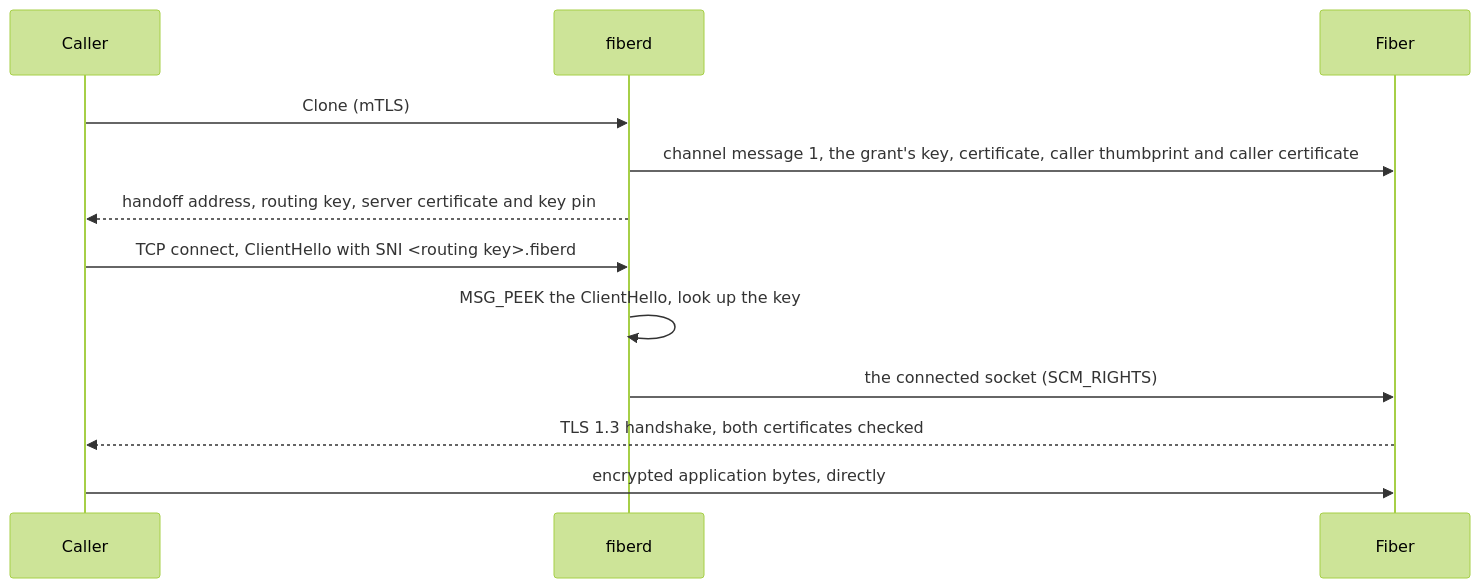
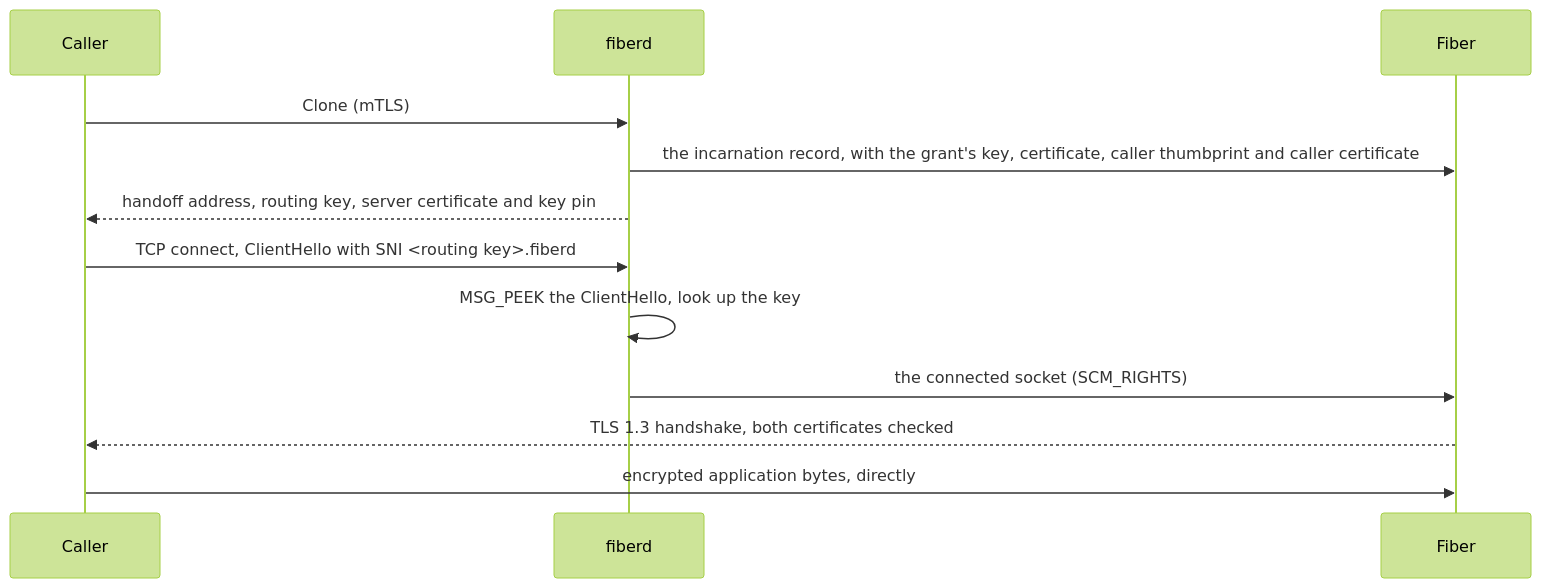
One commit to helayoty/fiberd changed the diagram in docs/design/handoff.md. Above: the diagram before and after it, drawn with Mermaid (forest theme). The commit also changed 65 other files, not shown here.

Commit message:
Give every proc and runc fiber one incarnation record with a seed

````diff
--- a/docs/design/handoff.md
+++ b/docs/design/handoff.md
@@ -15,14 +15,14 @@
 ```mermaid
 sequenceDiagram
   participant C as Caller
   participant A as fiberd
   participant F as Fiber
   C->>A: Clone (mTLS)
-  A->>F: channel message 1, the grant's key, certificate, caller thumbprint and caller certificate
+  A->>F: the incarnation record, with the grant's key, certificate, caller thumbprint and caller certificate
   A-->>C: handoff address, routing key, server certificate and key pin
   C->>A: TCP connect, ClientHello with SNI <routing key>.fiberd
   A->>A: MSG_PEEK the ClientHello, look up the key
   A->>F: the connected socket (SCM_RIGHTS)
   F-->>C: TLS 1.3 handshake, both certificates checked
   C->>F: encrypted application bytes, directly
 ```
````
